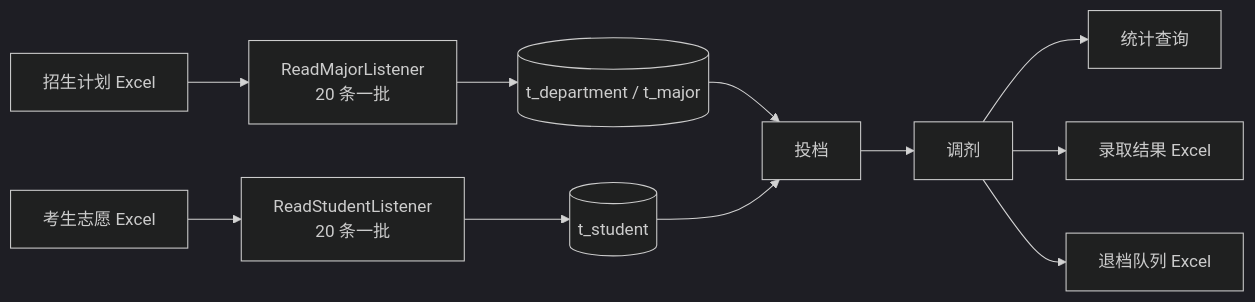
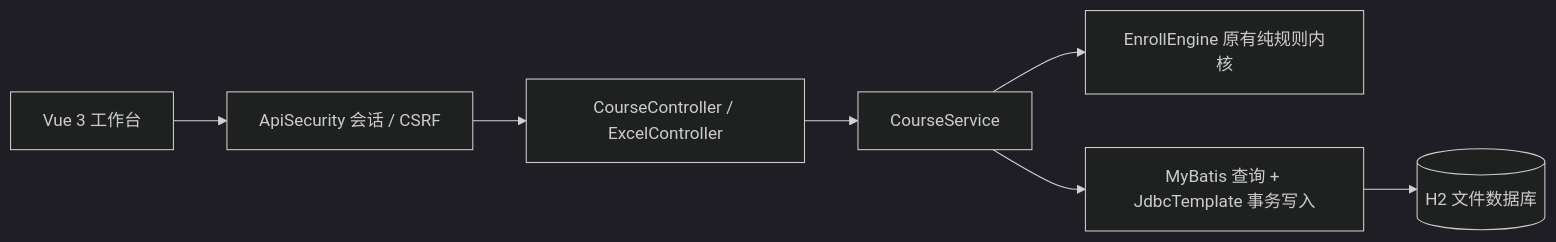
One commit to shjhijoaj/parallel-volunteer-admission-system changed the diagram in docs/architecture.md. Above: the diagram before and after it, drawn with Mermaid (dark theme). The commit also changed other lines of this file and 40 other files, not shown here.

````diff
--- a/docs/architecture.md
+++ b/docs/architecture.md
@@ -129,9 +3,9 @@
 ```mermaid
 flowchart LR
-    F1[招生计划 Excel] --> R1[ReadMajorListener<br/>20 条一批] --> T1[(t_department / t_major)]
-    F2[考生志愿 Excel] --> R2[ReadStudentListener<br/>20 条一批] --> T2[(t_student)]
-    T1 & T2 --> EN[投档] --> AD[调剂]
-    AD --> Q[统计查询]
-    AD --> X1[录取结果 Excel]
-    AD --> X2[退档队列 Excel]
+    V[Vue 3 工作台] --> A[ApiSecurity 会话 / CSRF]
+    A --> C[CourseController / ExcelController]
+    C --> S[CourseService]
+    S --> E[EnrollEngine 原有纯规则内核]
+    S --> M[MyBatis 查询 + JdbcTemplate 事务写入]
+    M --> D[(H2 文件数据库)]
 ```
````
